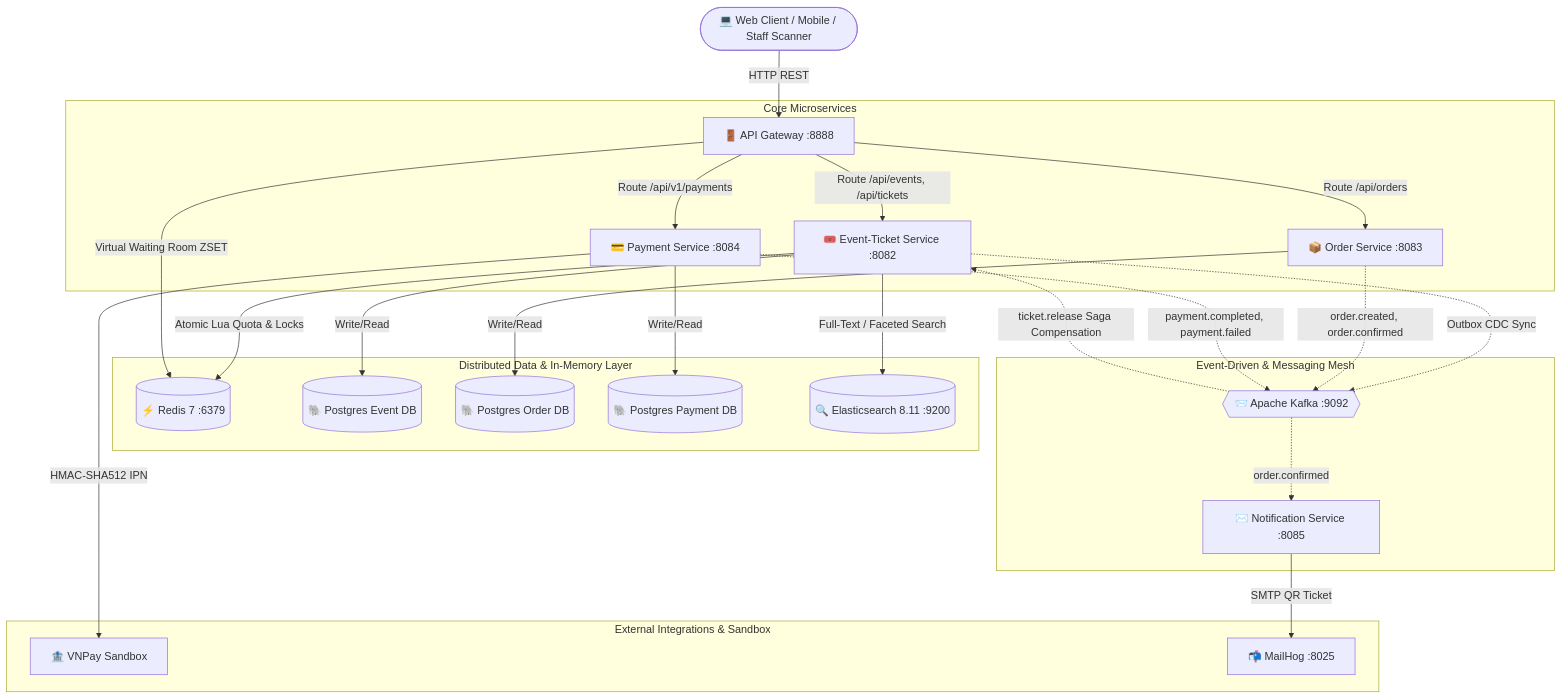
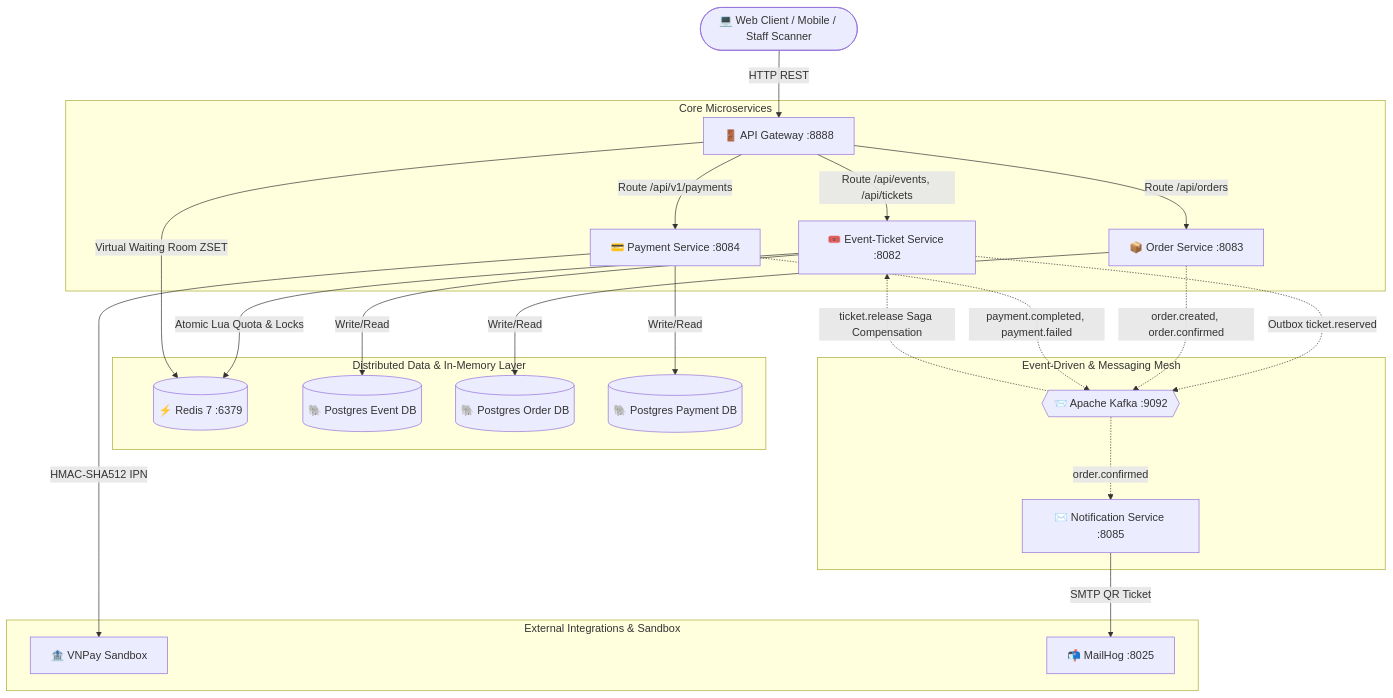
Before and after one commit to tcnguywn/event-ticket-booking: the diagram in README.md, drawn with Mermaid. The commit also changed other lines of this file and 2 other files, not shown here.

````diff
--- a/README.md
+++ b/README.md
@@ -33,32 +34,31 @@
 ```mermaid
 graph TD
     Client([💻 Web Client / Mobile / Staff Scanner]) -->|HTTP REST| Gateway[🚪 API Gateway :8888]
     
     subgraph "Core Microservices"
         Gateway -->|Route /api/events, /api/tickets| EventService[🎟️ Event-Ticket Service :8082]
         Gateway -->|Route /api/orders| OrderService[📦 Order Service :8083]
         Gateway -->|Route /api/v1/payments| PaymentService[💳 Payment Service :8084]
     end
 
     subgraph "Distributed Data & In-Memory Layer"
         EventService -->|Atomic Lua Quota & Locks| Redis[(⚡ Redis 7 :6379)]
         Gateway -->|Virtual Waiting Room ZSET| Redis
         EventService -->|Write/Read| DB_Event[(🐘 Postgres Event DB)]
         OrderService -->|Write/Read| DB_Order[(🐘 Postgres Order DB)]
         PaymentService -->|Write/Read| DB_Payment[(🐘 Postgres Payment DB)]
-        EventService -->|Full-Text / Faceted Search| Elastic[(🔍 Elasticsearch 8.11 :9200)]
     end
 
     subgraph "Event-Driven & Messaging Mesh"
-        EventService -.->|Outbox CDC Sync| Kafka{{📨 Apache Kafka :9092}}
+        EventService -.->|Outbox ticket.reserved| Kafka{{📨 Apache Kafka :9092}}
         OrderService -.->|order.created, order.confirmed| Kafka
         PaymentService -.->|payment.completed, payment.failed| Kafka
         Kafka -.->|ticket.release Saga Compensation| EventService
         Kafka -.->|order.confirmed| NotifService[✉️ Notification Service :8085]
     end
 
     subgraph "External Integrations & Sandbox"
         PaymentService -->|HMAC-SHA512 IPN| VNPay[🏦 VNPay Sandbox]
         NotifService -->|SMTP QR Ticket| MailHog[📬 MailHog :8025]
     end
 ```
````
